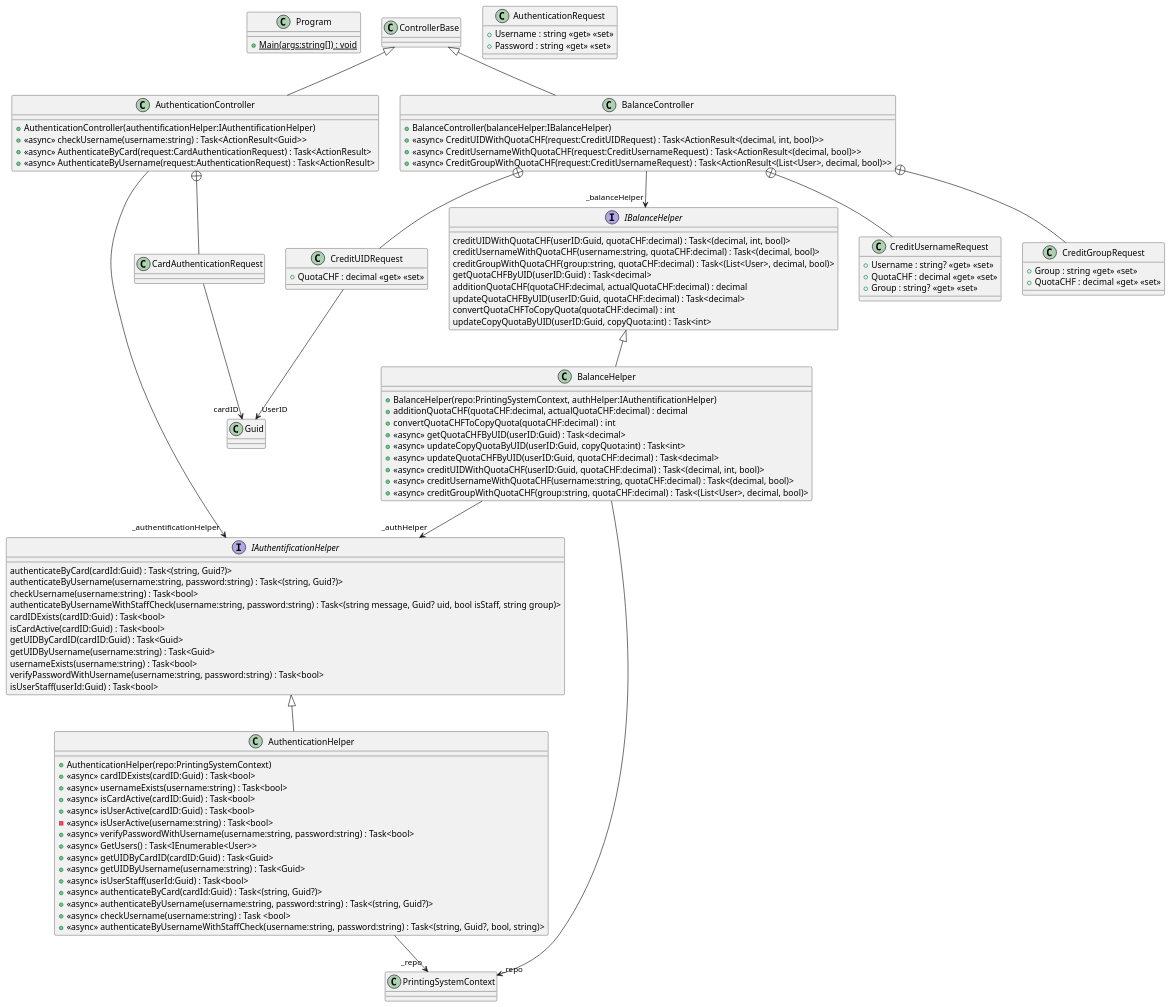
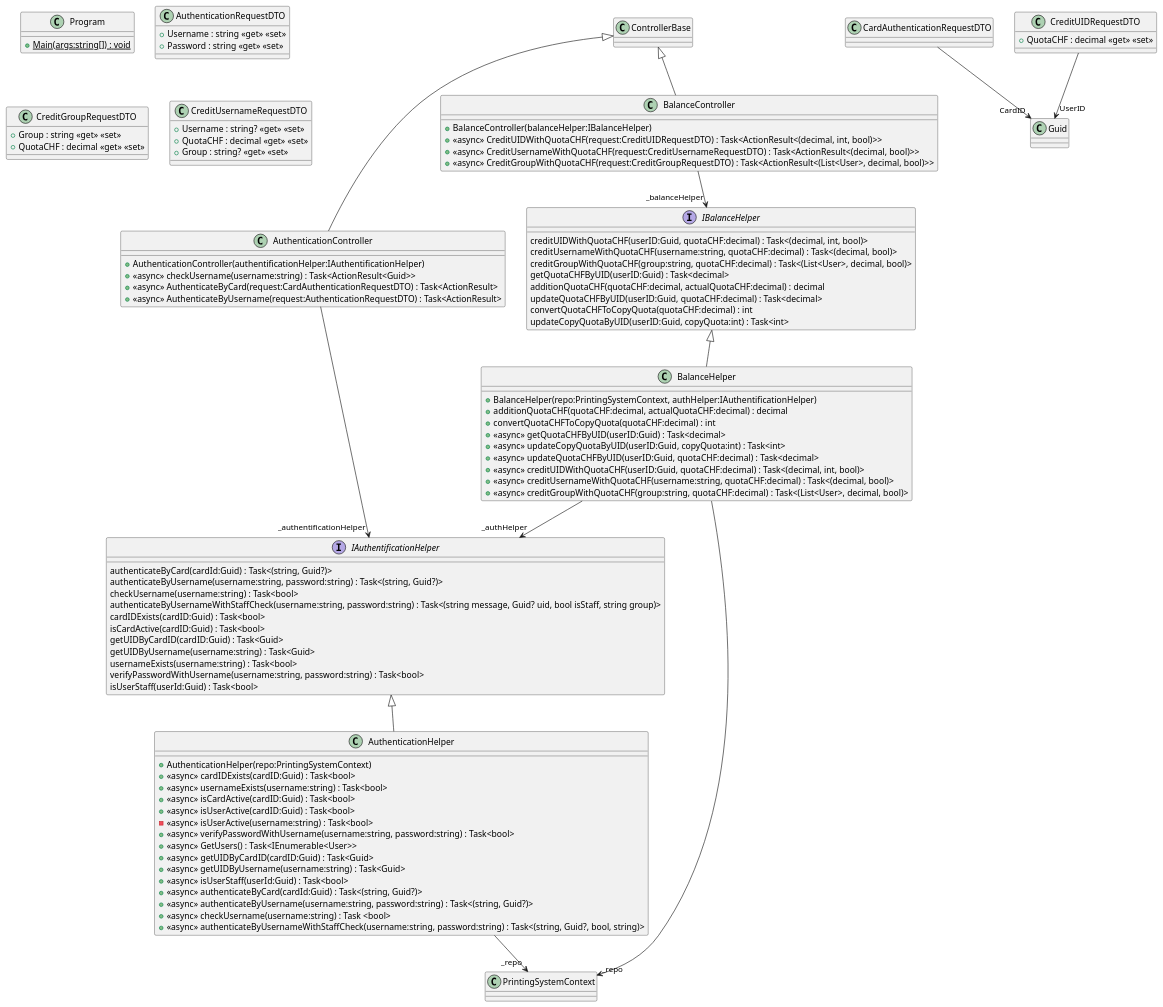
The diagram in WebAPI_GeneratedPuml/include.puml (IG-TD-TC-Team/ArchitectureG3), drawn with PlantUML before and after one commit. The commit also changed 69 other files, not shown here.

```diff
--- a/WebAPI_GeneratedPuml/include.puml
+++ b/WebAPI_GeneratedPuml/include.puml
@@ -1,101 +1,97 @@
 @startuml
 class Program {
     + {static} Main(args:string[]) : void
 }
 class AuthenticationHelper {
     + AuthenticationHelper(repo:PrintingSystemContext)
     + <<async>> cardIDExists(cardID:Guid) : Task<bool>
     + <<async>> usernameExists(username:string) : Task<bool>
     + <<async>> isCardActive(cardID:Guid) : Task<bool>
     + <<async>> isUserActive(cardID:Guid) : Task<bool>
     - <<async>> isUserActive(username:string) : Task<bool>
     + <<async>> verifyPasswordWithUsername(username:string, password:string) : Task<bool>
     + <<async>> GetUsers() : Task<IEnumerable<User>>
     + <<async>> getUIDByCardID(cardID:Guid) : Task<Guid>
     + <<async>> getUIDByUsername(username:string) : Task<Guid>
     + <<async>> isUserStaff(userId:Guid) : Task<bool>
     + <<async>> authenticateByCard(cardId:Guid) : Task<(string, Guid?)>
     + <<async>> authenticateByUsername(username:string, password:string) : Task<(string, Guid?)>
     + <<async>> checkUsername(username:string) : Task <bool>
     + <<async>> authenticateByUsernameWithStaffCheck(username:string, password:string) : Task<(string, Guid?, bool, string)>
 }
 IAuthentificationHelper <|-- AuthenticationHelper
 AuthenticationHelper --> "_repo" PrintingSystemContext
 class BalanceHelper {
     + BalanceHelper(repo:PrintingSystemContext, authHelper:IAuthentificationHelper)
     + additionQuotaCHF(quotaCHF:decimal, actualQuotaCHF:decimal) : decimal
     + convertQuotaCHFToCopyQuota(quotaCHF:decimal) : int
     + <<async>> getQuotaCHFByUID(userID:Guid) : Task<decimal>
     + <<async>> updateCopyQuotaByUID(userID:Guid, copyQuota:int) : Task<int>
     + <<async>> updateQuotaCHFByUID(userID:Guid, quotaCHF:decimal) : Task<decimal>
     + <<async>> creditUIDWithQuotaCHF(userID:Guid, quotaCHF:decimal) : Task<(decimal, int, bool)>
     + <<async>> creditUsernameWithQuotaCHF(username:string, quotaCHF:decimal) : Task<(decimal, bool)>
     + <<async>> creditGroupWithQuotaCHF(group:string, quotaCHF:decimal) : Task<(List<User>, decimal, bool)>
 }
 IBalanceHelper <|-- BalanceHelper
 BalanceHelper --> "_repo" PrintingSystemContext
 BalanceHelper --> "_authHelper" IAuthentificationHelper
 interface IAuthentificationHelper {
     authenticateByCard(cardId:Guid) : Task<(string, Guid?)>
     authenticateByUsername(username:string, password:string) : Task<(string, Guid?)>
     checkUsername(username:string) : Task<bool>
     authenticateByUsernameWithStaffCheck(username:string, password:string) : Task<(string message, Guid? uid, bool isStaff, string group)>
     cardIDExists(cardID:Guid) : Task<bool>
     isCardActive(cardID:Guid) : Task<bool>
     getUIDByCardID(cardID:Guid) : Task<Guid>
     getUIDByUsername(username:string) : Task<Guid>
     usernameExists(username:string) : Task<bool>
     verifyPasswordWithUsername(username:string, password:string) : Task<bool>
     isUserStaff(userId:Guid) : Task<bool>
 }
 interface IBalanceHelper {
     creditUIDWithQuotaCHF(userID:Guid, quotaCHF:decimal) : Task<(decimal, int, bool)>
     creditUsernameWithQuotaCHF(username:string, quotaCHF:decimal) : Task<(decimal, bool)>
     creditGroupWithQuotaCHF(group:string, quotaCHF:decimal) : Task<(List<User>, decimal, bool)>
     getQuotaCHFByUID(userID:Guid) : Task<decimal>
     additionQuotaCHF(quotaCHF:decimal, actualQuotaCHF:decimal) : decimal
     updateQuotaCHFByUID(userID:Guid, quotaCHF:decimal) : Task<decimal>
     convertQuotaCHFToCopyQuota(quotaCHF:decimal) : int
     updateCopyQuotaByUID(userID:Guid, copyQuota:int) : Task<int>
 }
 class AuthenticationController {
     + AuthenticationController(authentificationHelper:IAuthentificationHelper)
     + <<async>> checkUsername(username:string) : Task<ActionResult<Guid>>
-    + <<async>> AuthenticateByCard(request:CardAuthenticationRequest) : Task<ActionResult>
-    + <<async>> AuthenticateByUsername(request:AuthenticationRequest) : Task<ActionResult>
+    + <<async>> AuthenticateByCard(request:CardAuthenticationRequestDTO) : Task<ActionResult>
+    + <<async>> AuthenticateByUsername(request:AuthenticationRequestDTO) : Task<ActionResult>
 }
-class AuthenticationRequest {
+ControllerBase <|-- AuthenticationController
+AuthenticationController --> "_authentificationHelper" IAuthentificationHelper
+class BalanceController {
+    + BalanceController(balanceHelper:IBalanceHelper)
+    + <<async>> CreditUIDWithQuotaCHF(request:CreditUIDRequestDTO) : Task<ActionResult<(decimal, int, bool)>>
+    + <<async>> CreditUsernameWithQuotaCHF(request:CreditUsernameRequestDTO) : Task<ActionResult<(decimal, bool)>>
+    + <<async>> CreditGroupWithQuotaCHF(request:CreditGroupRequestDTO) : Task<ActionResult<(List<User>, decimal, bool)>>
+}
+ControllerBase <|-- BalanceController
+BalanceController --> "_balanceHelper" IBalanceHelper
+class AuthenticationRequestDTO {
     + Username : string <<get>> <<set>>
     + Password : string <<get>> <<set>>
 }
-class CardAuthenticationRequest {
+class CardAuthenticationRequestDTO {
 }
-ControllerBase <|-- AuthenticationController
-AuthenticationController --> "_authentificationHelper" IAuthentificationHelper
-AuthenticationController +-- CardAuthenticationRequest
-CardAuthenticationRequest --> "cardID" Guid
-class BalanceController {
-    + BalanceController(balanceHelper:IBalanceHelper)
-    + <<async>> CreditUIDWithQuotaCHF(request:CreditUIDRequest) : Task<ActionResult<(decimal, int, bool)>>
-    + <<async>> CreditUsernameWithQuotaCHF(request:CreditUsernameRequest) : Task<ActionResult<(decimal, bool)>>
-    + <<async>> CreditGroupWithQuotaCHF(request:CreditUsernameRequest) : Task<ActionResult<(List<User>, decimal, bool)>>
-}
-class CreditUIDRequest {
+CardAuthenticationRequestDTO --> "CardID" Guid
+class CreditGroupRequestDTO {
+    + Group : string <<get>> <<set>>
     + QuotaCHF : decimal <<get>> <<set>>
 }
-class CreditUsernameRequest {
+class CreditUIDRequestDTO {
+    + QuotaCHF : decimal <<get>> <<set>>
+}
+CreditUIDRequestDTO --> "UserID" Guid
+class CreditUsernameRequestDTO {
     + Username : string? <<get>> <<set>>
     + QuotaCHF : decimal <<get>> <<set>>
     + Group : string? <<get>> <<set>>
 }
-class CreditGroupRequest {
-    + Group : string <<get>> <<set>>
-    + QuotaCHF : decimal <<get>> <<set>>
-}
-ControllerBase <|-- BalanceController
-BalanceController --> "_balanceHelper" IBalanceHelper
-BalanceController +-- CreditUIDRequest
-CreditUIDRequest --> "UserID" Guid
-BalanceController +-- CreditUsernameRequest
-BalanceController +-- CreditGroupRequest
 @enduml
```
